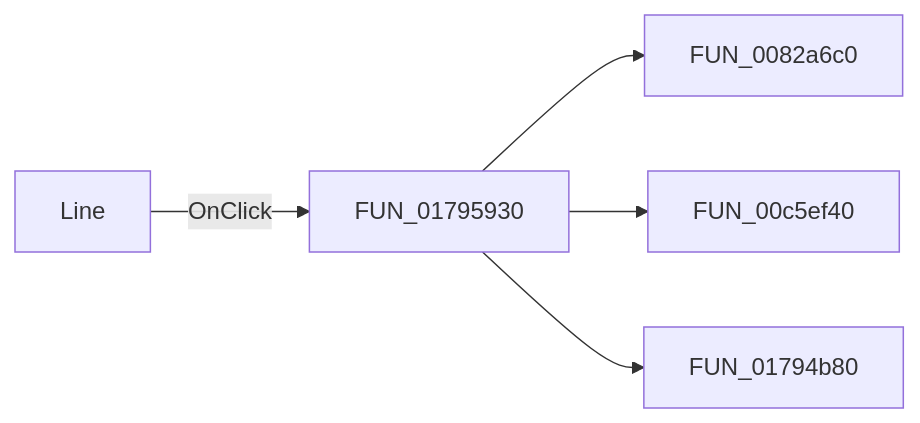
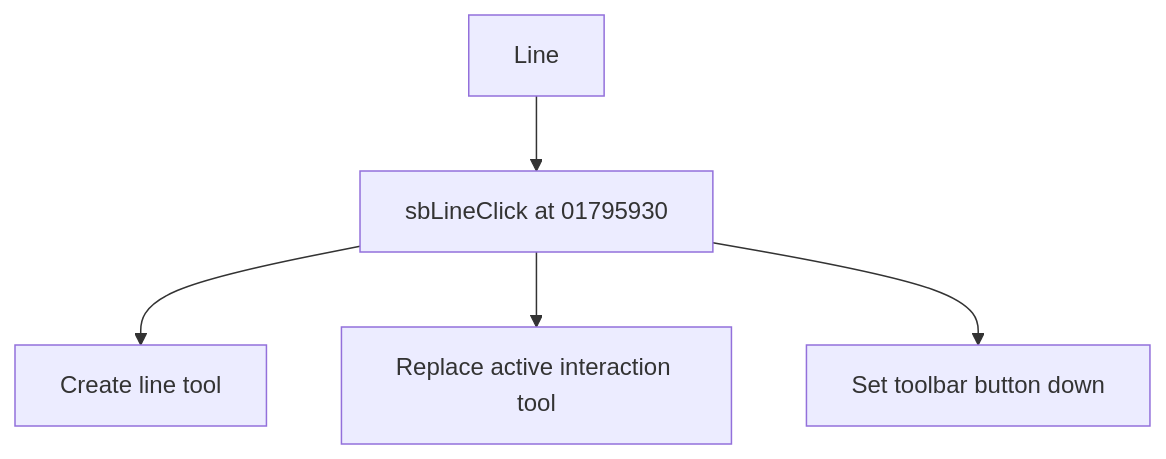
Before and after one commit to MovGP0/TIARA: the diagram in docs/ui-controls/shapeedit/sbline-191c45baa6.md, drawn with Mermaid. The commit also changed other lines of this file and 1062 other files, not shown here.

````diff
--- a/docs/ui-controls/shapeedit/sbline-191c45baa6.md
+++ b/docs/ui-controls/shapeedit/sbline-191c45baa6.md
@@ -27,7 +27,7 @@
 ```mermaid
-flowchart LR
-    control["Line"] -->|OnClick| handler["FUN_01795930"]
-    handler --> call1["FUN_0082a6c0"]
-    handler --> call2["FUN_00c5ef40"]
-    handler --> call3["FUN_01794b80"]
+flowchart TD
+    control["Line"] --> handler["sbLineClick at 01795930"]
+    handler --> step1["Create line tool"]
+    handler --> step2["Replace active interaction tool"]
+    handler --> step3["Set toolbar button down"]
 ```
````
